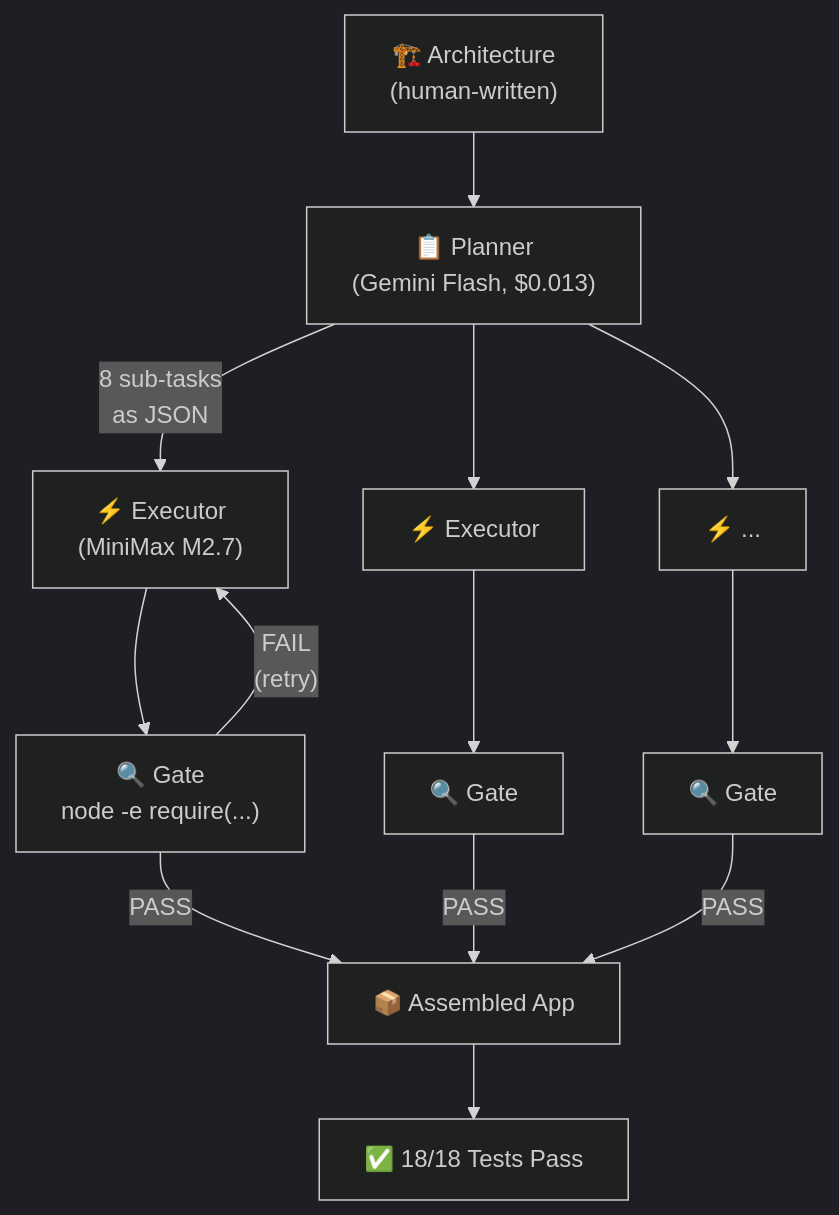
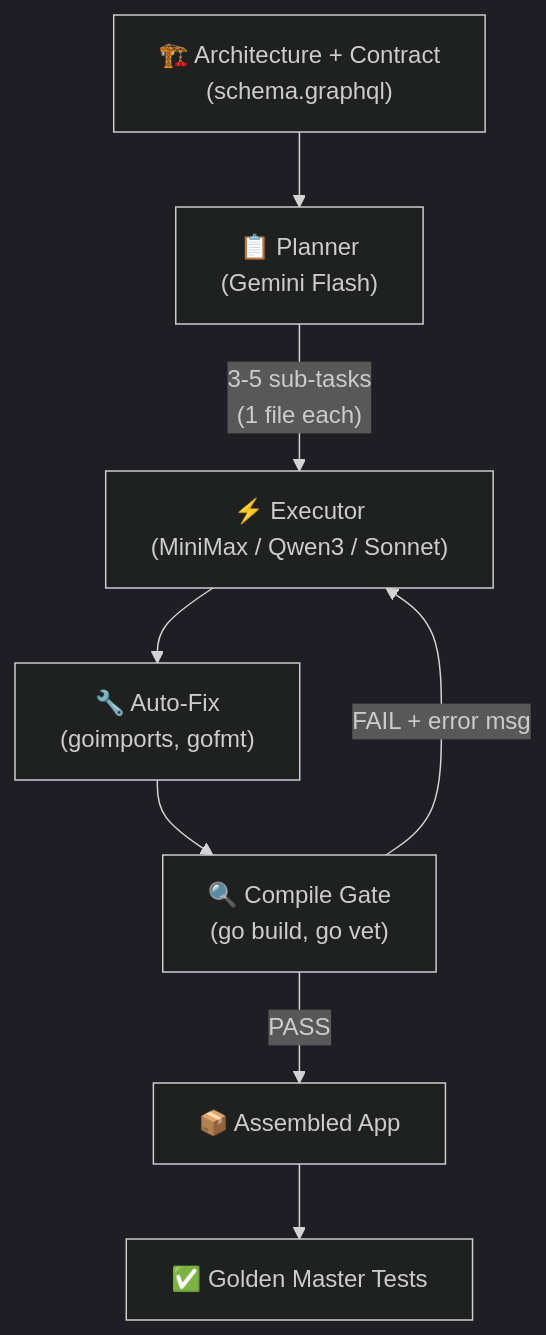
Before and after one commit to jonathanleahy/ai-code-orchestration-research: the diagram in README.md, drawn with Mermaid (dark theme). The commit also changed other lines of this file and 1 other file, not shown here.

````diff
--- a/README.md
+++ b/README.md
@@ -40,15 +63,10 @@
 ```mermaid
 graph TD
-    A["🏗️ Architecture<br/>(human-written)"] --> P["📋 Planner<br/>(Gemini Flash, $0.013)"]
-    P --> |"8 sub-tasks<br/>as JSON"| E1["⚡ Executor<br/>(MiniMax M2.7)"]
-    P --> E2["⚡ Executor"]
-    P --> E3["⚡ ..."]
-    E1 --> G1["🔍 Gate<br/>node -e require(...)"]
-    E2 --> G2["🔍 Gate"]
-    E3 --> G3["🔍 Gate"]
-    G1 --> |"PASS"| Asm["📦 Assembled App"]
-    G2 --> |"PASS"| Asm
-    G3 --> |"PASS"| Asm
-    G1 --> |"FAIL<br/>(retry)"| E1
-    Asm --> Test["✅ 18/18 Tests Pass"]
+    A["🏗️ Architecture + Contract<br/>(schema.graphql)"] --> P["📋 Planner<br/>(Gemini Flash)"]
+    P --> |"3-5 sub-tasks<br/>(1 file each)"| E["⚡ Executor<br/>(MiniMax / Qwen3 / Sonnet)"]
+    E --> AF["🔧 Auto-Fix<br/>(goimports, gofmt)"]
+    AF --> G["🔍 Compile Gate<br/>(go build, go vet)"]
+    G --> |"PASS"| Asm["📦 Assembled App"]
+    G --> |"FAIL + error msg"| E
+    Asm --> Test["✅ Golden Master Tests"]
 ```
````
